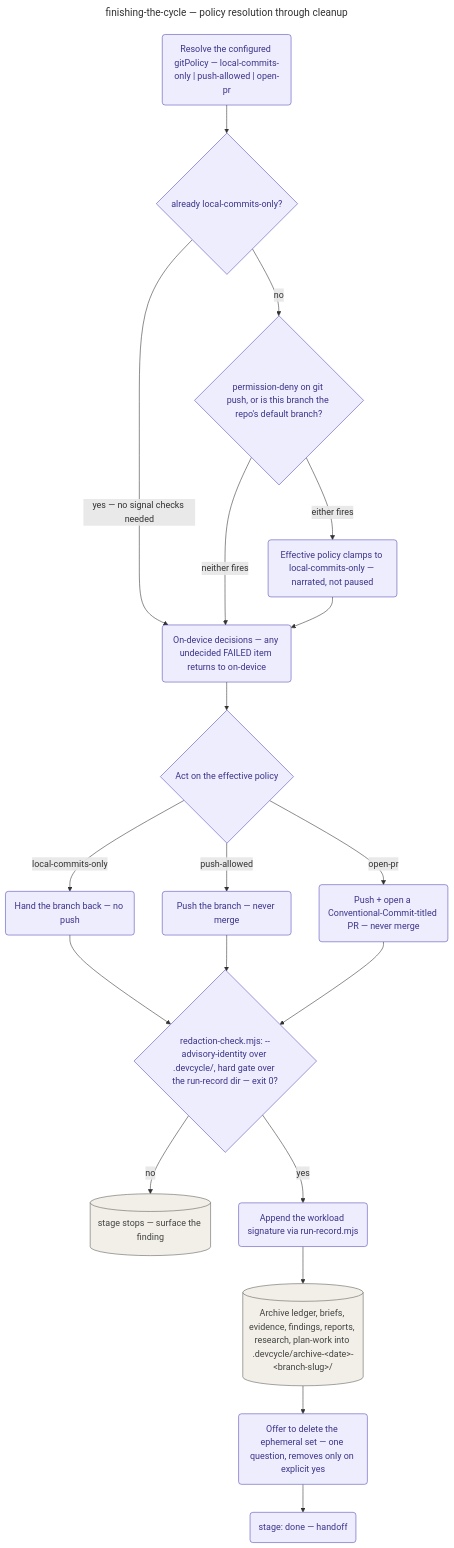
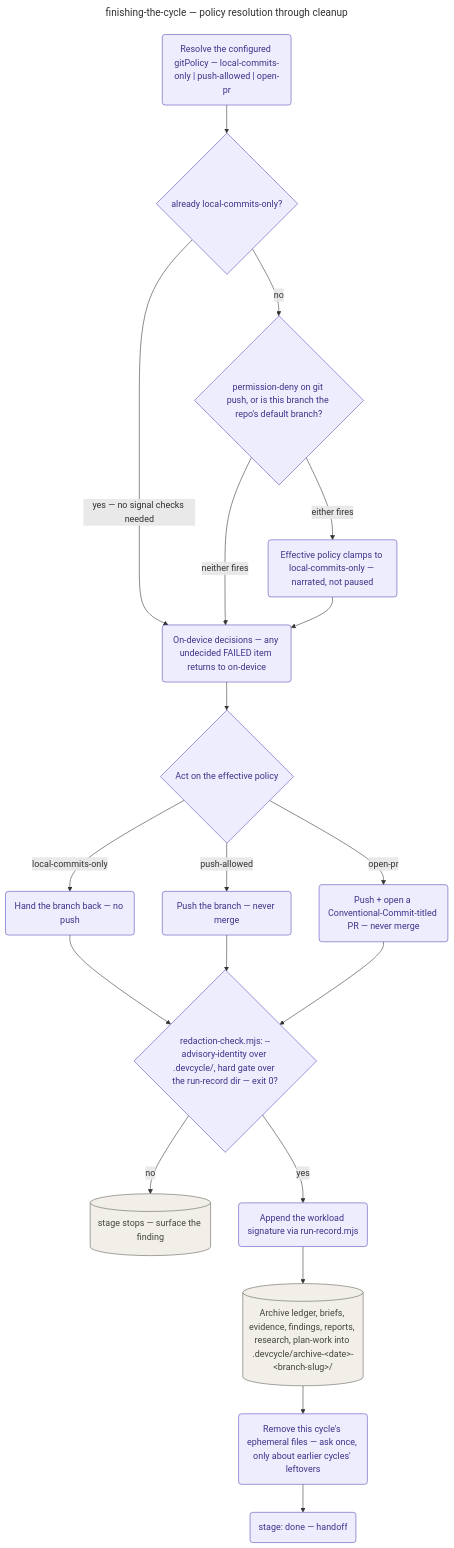
Before and after one commit to KonstantinRoehrl/devcycle: the diagram in docs/playbooks/finishing-the-cycle/README.md, drawn with Mermaid. The commit also changed other lines of this file and 6 other files, not shown here.

First line of the commit message:
fix(finish): remove this cycle's ephemeral files without asking (#433)

````diff
--- a/docs/playbooks/finishing-the-cycle/README.md
+++ b/docs/playbooks/finishing-the-cycle/README.md
@@ -65,33 +66,33 @@
 ```mermaid
 ---
 title: finishing-the-cycle — policy resolution through cleanup
-accDescr: Playbook-internal flowchart of the finish stage, from resolving the configured git policy through the permission and protected-branch signal checks, acting on the effective policy, the redaction and workload gates, the unconditional archive copy, and the ephemeral-cleanup offer.
+accDescr: Playbook-internal flowchart of the finish stage, from resolving the configured git policy through the permission and protected-branch signal checks, acting on the effective policy, the redaction and workload gates, the unconditional archive copy, and the ephemeral cleanup.
 ---
 flowchart TD
     CFG("Resolve the configured gitPolicy — local-commits-only | push-allowed | open-pr"):::stage
     CFG --> FLOOR{"already local-commits-only?"}:::stage
     FLOOR -->|"yes — no signal checks needed"| GUARD
     FLOOR -->|"no"| SIGNALS{"permission-deny on git push, or is this branch the repo's default branch?"}:::stage
     SIGNALS -->|"either fires"| CLAMP("Effective policy clamps to local-commits-only — narrated, not paused"):::stage
     SIGNALS -->|"neither fires"| GUARD
     CLAMP --> GUARD
     GUARD("On-device decisions — any undecided FAILED item returns to on-device"):::stage
     GUARD --> ACT
     ACT{"Act on the effective policy"}:::stage
     ACT -->|"local-commits-only"| HANDBACK("Hand the branch back — no push"):::stage
     ACT -->|"push-allowed"| PUSH("Push the branch — never merge"):::stage
     ACT -->|"open-pr"| PR("Push + open a Conventional-Commit-titled PR — never merge"):::stage
     HANDBACK --> REDACT
     PUSH --> REDACT
     PR --> REDACT
     REDACT{"redaction-check.mjs: --advisory-identity over .devcycle/, hard gate over the run-record dir — exit 0?"}:::stage
     REDACT -->|"no"| STOP[("stage stops — surface the finding")]:::structural
     REDACT -->|"yes"| RECORD("Append the workload signature via run-record.mjs"):::stage
     RECORD --> ARCHIVE[("Archive ledger, briefs, evidence, findings, reports, research, plan-work into .devcycle/archive-&lt;date&gt;-&lt;branch-slug&gt;/")]:::structural
-    ARCHIVE --> CLEAN("Offer to delete the ephemeral set — one question, removes only on explicit yes"):::stage
+    ARCHIVE --> CLEAN("Remove this cycle's ephemeral files — ask once, only about earlier cycles' leftovers"):::stage
     CLEAN --> DONE("stage: done — handoff"):::stage
 
     classDef stage fill:#EEEDFE,stroke:#534AB7,color:#3C3489;
     classDef tool fill:#E1F5EE,stroke:#0F6E56,color:#085041,stroke-dasharray:5 5;
     classDef structural fill:#F1EFE8,stroke:#5F5E5A,color:#444441;
 ```
````
